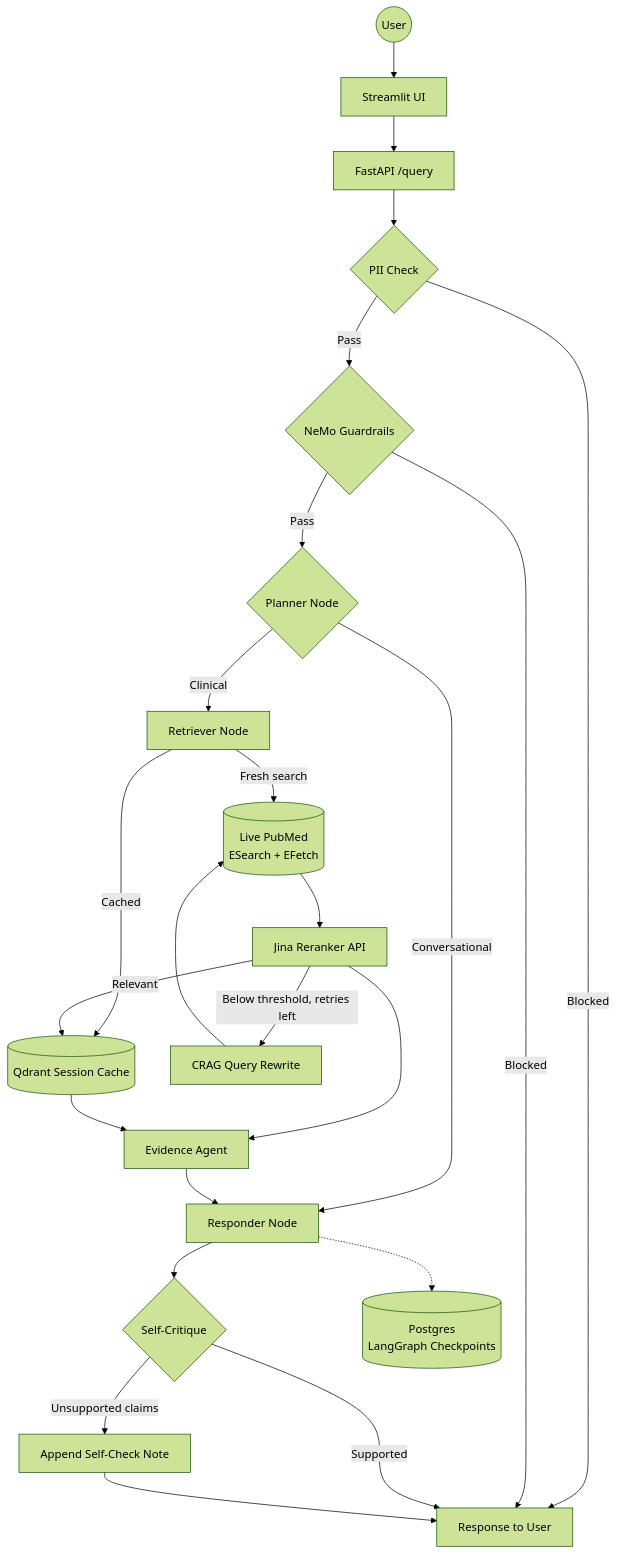
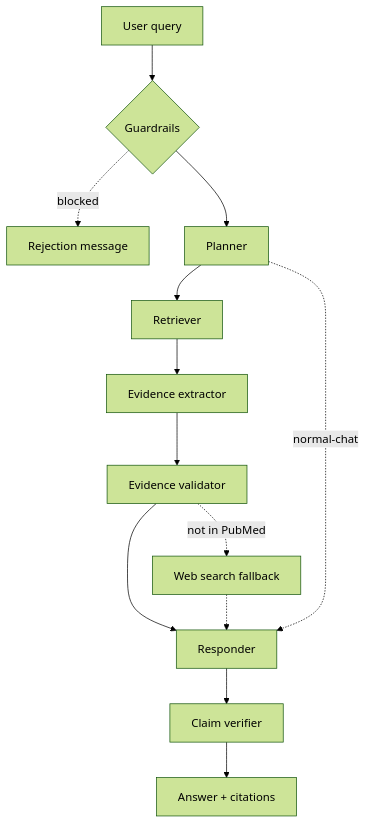
The diagram in README.md (rahulvansh66/healthcare-research-assistant), drawn with Mermaid (forest theme) before and after one commit. The commit also changed other lines of this file and 5 other files, not shown here.

````diff
--- a/README.md
+++ b/README.md
@@ -55,26 +54,15 @@
 ```mermaid
-graph TD
-    User((User)) --> UI[Streamlit UI]
-    UI --> API[FastAPI /query]
-    API --> PII{PII Check}
-    PII -->|Blocked| Response[Response to User]
-    PII -->|Pass| Guard{NeMo Guardrails}
-    Guard -->|Blocked| Response
-    Guard -->|Pass| Planner{Planner Node}
-    Planner -->|Conversational| Responder[Responder Node]
-    Planner -->|Clinical| Retriever[Retriever Node]
-    Retriever -->|Fresh search| PubMed[(Live PubMed\nESearch + EFetch)]
-    Retriever -->|Cached| SessionCache[(Qdrant Session Cache)]
-    PubMed --> Reranker[Jina Reranker API]
-    Reranker -->|Relevant| SessionCache
-    Reranker -->|Below threshold, retries left| Rewrite[CRAG Query Rewrite]
-    Rewrite --> PubMed
-    Reranker --> Evidence[Evidence Agent]
-    SessionCache --> Evidence
-    Evidence --> Responder
-    Responder --> Critique{Self-Critique}
-    Critique -->|Unsupported claims| Caveat[Append Self-Check Note]
-    Critique -->|Supported| Response
-    Caveat --> Response
-    Responder -.-> Memory[(Postgres\nLangGraph Checkpoints)]
+flowchart TD
+    Q[User query] --> G{Guardrails}
+    G -. blocked .-> X[Rejection message]
+    G --> P[Planner]
+    P --> R[Retriever]
+    R --> EX[Evidence extractor]
+    EX --> V[Evidence validator]
+    V --> RS[Responder]
+    RS --> CV[Claim verifier]
+    CV --> A[Answer + citations]
+
+    P -. normal-chat .-> RS
+    V -. not in PubMed .-> W[Web search fallback] -.-> RS
 ```
````
